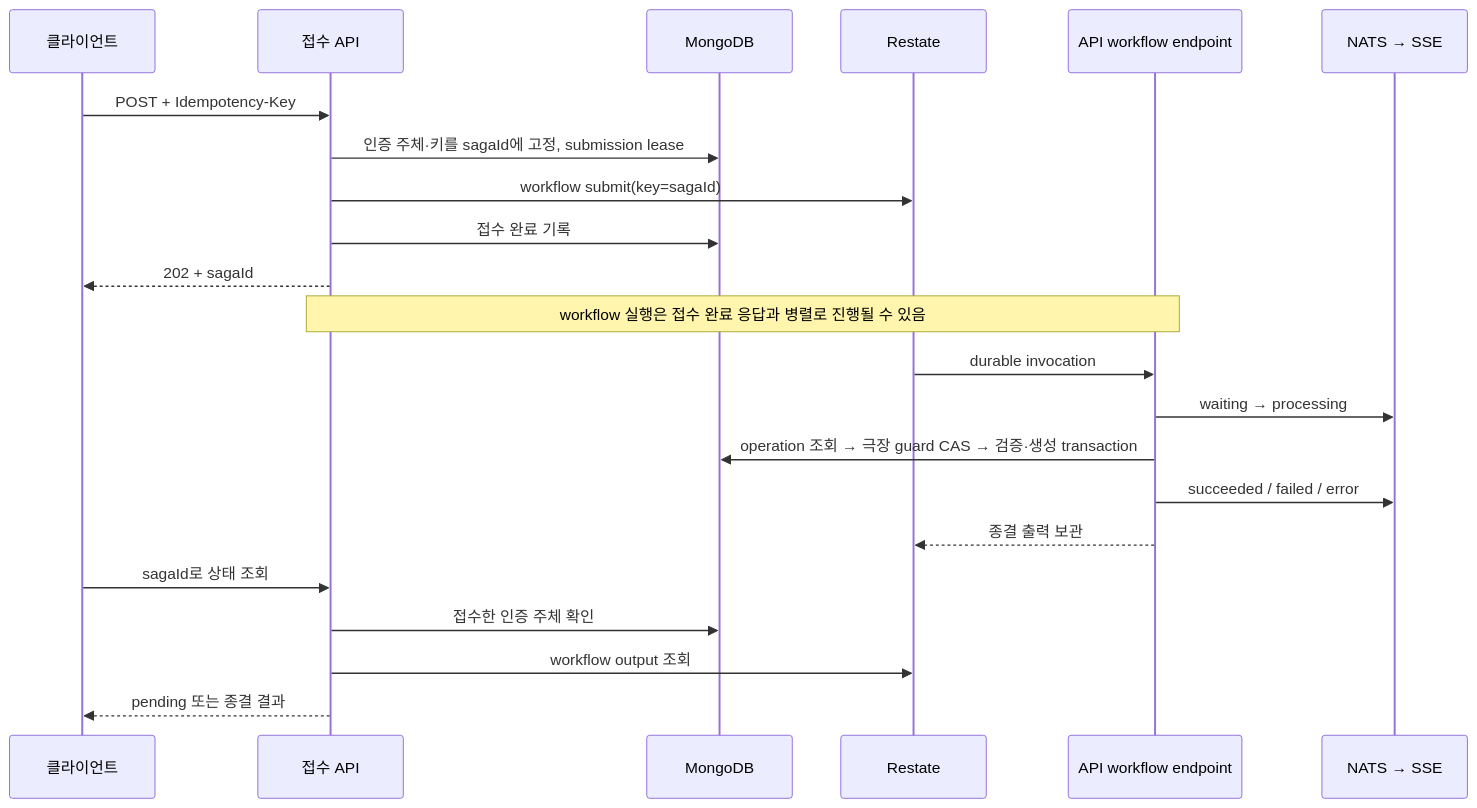
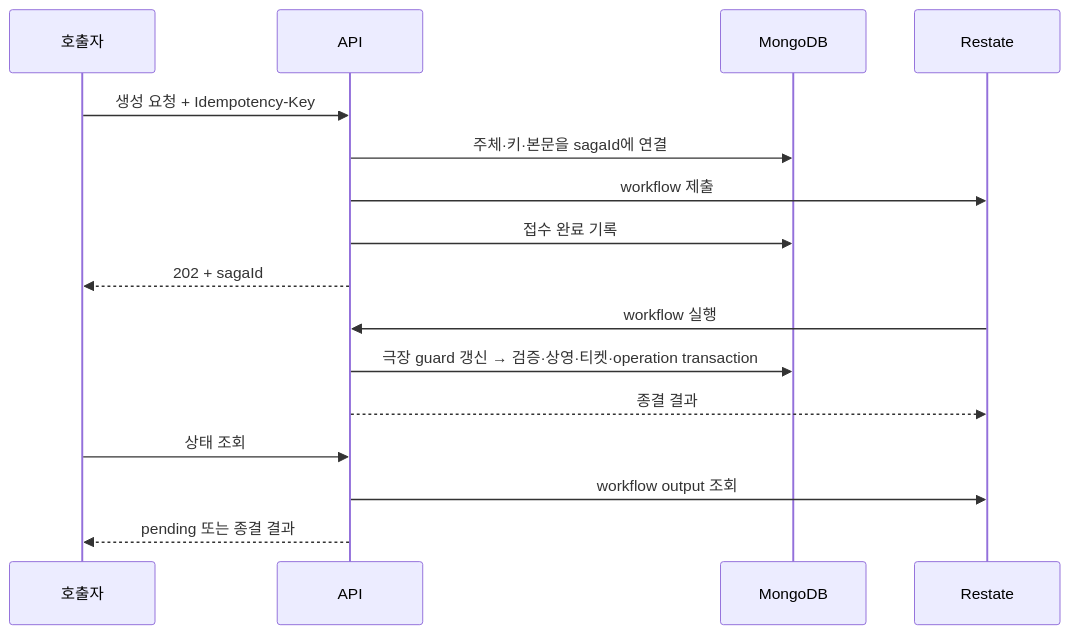
The diagram in docs/apps.md (mannercode/nest-seed), drawn with Mermaid before and after one commit. The commit also changed other lines of this file and 60 other files, not shown here.

````diff
--- a/docs/apps.md
+++ b/docs/apps.md
@@ -124,24 +76,18 @@
 ```mermaid
 sequenceDiagram
-    participant C as 클라이언트
-    participant A as 접수 API
+    participant C as 호출자
+    participant A as API
     participant M as MongoDB
     participant R as Restate
-    participant W as API workflow endpoint
-    participant N as NATS → SSE
-    C->>A: POST + Idempotency-Key
-    A->>M: 인증 주체·키를 sagaId에 고정, submission lease
-    A->>R: workflow submit(key=sagaId)
+    C->>A: 생성 요청 + Idempotency-Key
+    A->>M: 주체·키·본문을 sagaId에 연결
+    A->>R: workflow 제출
     A->>M: 접수 완료 기록
     A-->>C: 202 + sagaId
-    Note over A,W: workflow 실행은 접수 완료 응답과 병렬로 진행될 수 있음
-    R->>W: durable invocation
-    W->>N: waiting → processing
-    W->>M: operation 조회 → 극장 guard CAS → 검증·생성 transaction
-    W->>N: succeeded / failed / error
-    W-->>R: 종결 출력 보관
-    C->>A: sagaId로 상태 조회
-    A->>M: 접수한 인증 주체 확인
+    R->>A: workflow 실행
+    A->>M: 극장 guard 갱신 → 검증·상영·티켓·operation transaction
+    A-->>R: 종결 결과
+    C->>A: 상태 조회
     A->>R: workflow output 조회
     A-->>C: pending 또는 종결 결과
 ```
````
